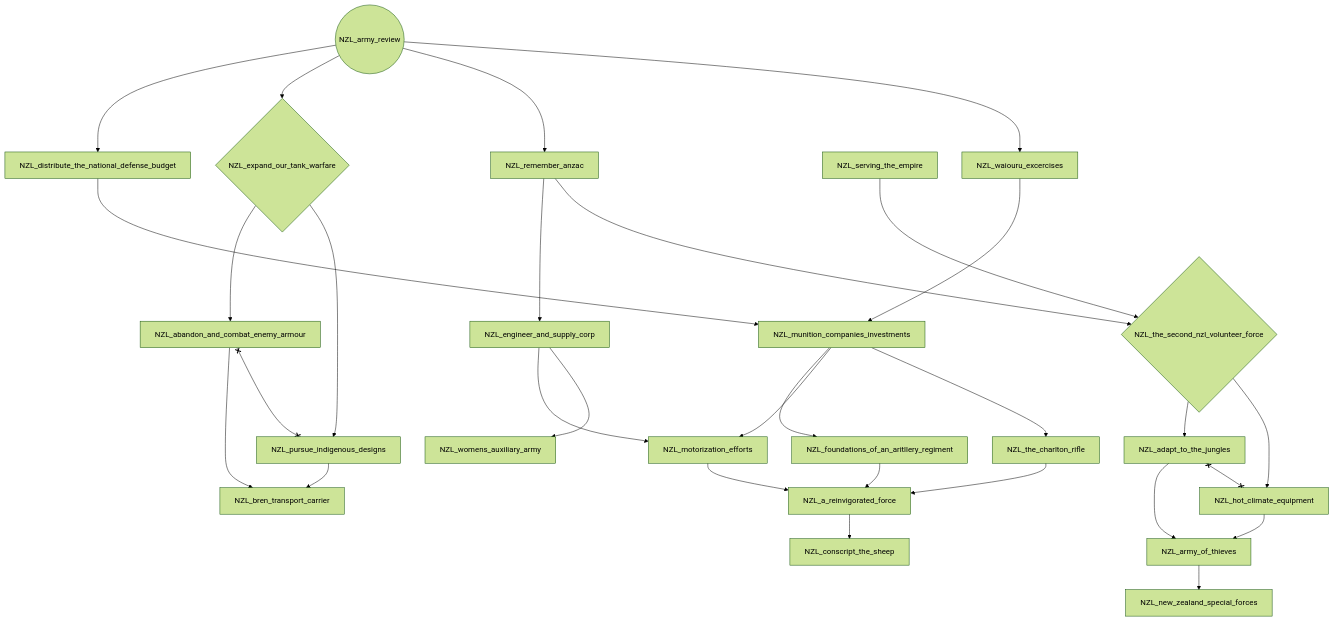
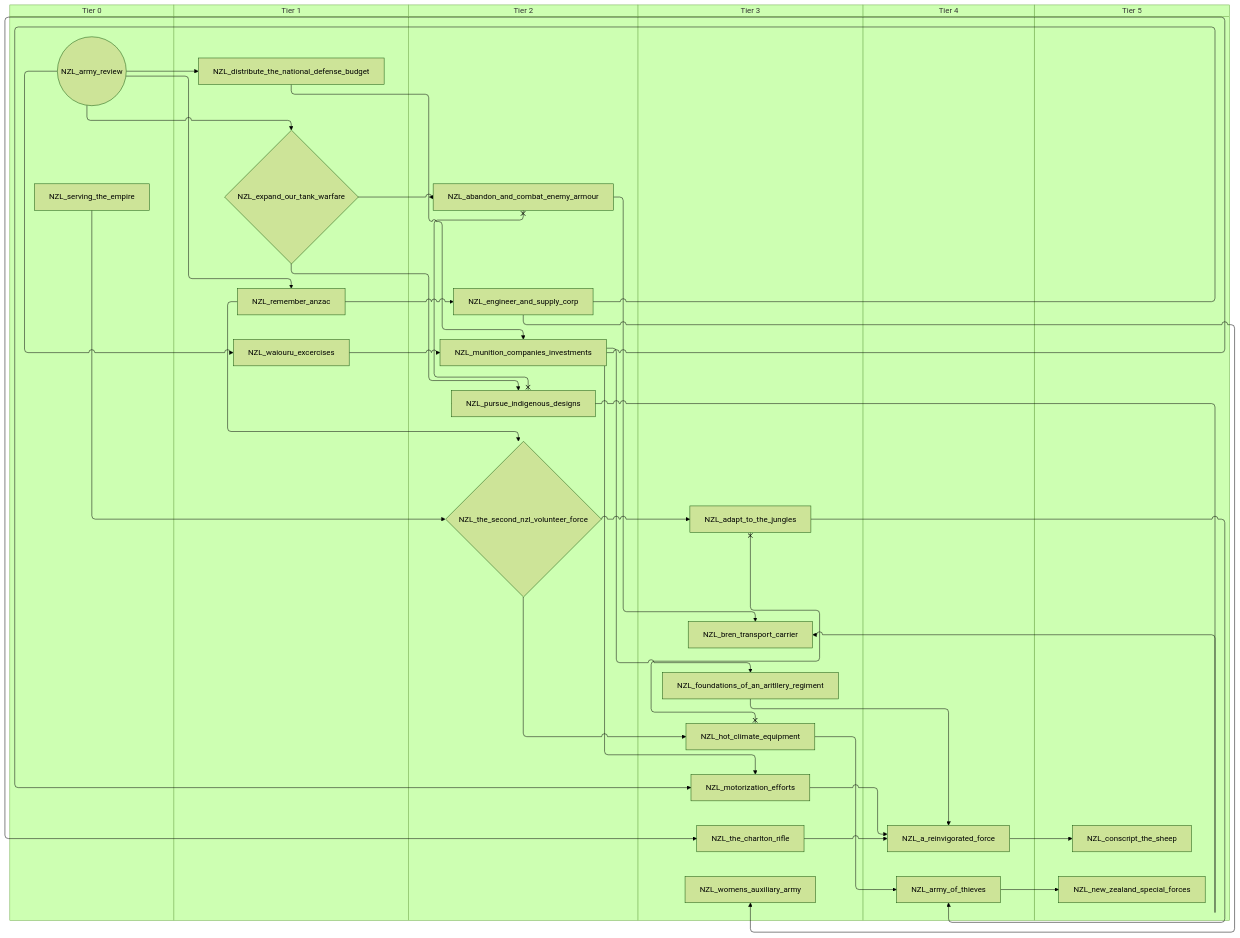
One commit to evgeny-sobol/hoi4-sandbox-mode-r56 changed the second of 11 diagrams in docs/gdd/National Focuses/r56/new_zealand.md. Above: the diagram before and after it, drawn with Mermaid (forest theme). The commit also changed other lines of this file and 423 other files, not shown here.

First line of the commit message:
Re-export Rt56 focus trees as swimlane diagrams

````diff
--- a/docs/gdd/National Focuses/r56/new_zealand.md
+++ b/docs/gdd/National Focuses/r56/new_zealand.md
@@ -48,54 +58,66 @@
 ```mermaid
-flowchart TD
-    n19["NZL_a_reinvigorated_force"]
-    n20["NZL_abandon_and_combat_enemy_armour"]
-    n21["NZL_adapt_to_the_jungles"]
-    n22["NZL_army_of_thieves"]
-    n23(("NZL_army_review"))
-    n24["NZL_bren_transport_carrier"]
-    n25["NZL_conscript_the_sheep"]
-    n26["NZL_distribute_the_national_defense_budget"]
-    n27["NZL_engineer_and_supply_corp"]
-    n28{"NZL_expand_our_tank_warfare"}
-    n29["NZL_foundations_of_an_aritllery_regiment"]
-    n30["NZL_hot_climate_equipment"]
-    n31["NZL_motorization_efforts"]
-    n32["NZL_munition_companies_investments"]
-    n33["NZL_new_zealand_special_forces"]
-    n34["NZL_pursue_indigenous_designs"]
-    n35["NZL_remember_anzac"]
-    n36["NZL_serving_the_empire"]
-    n37["NZL_the_charlton_rifle"]
-    n38{"NZL_the_second_nzl_volunteer_force"}
-    n39["NZL_waiouru_excercises"]
-    n40["NZL_womens_auxiliary_army"]
-    n29 --> n19
-    n31 --> n19
-    n37 --> n19
-    n28 --> n20
-    n38 --> n21
-    n30 --> n22
-    n21 --> n22
-    n34 --> n24
-    n20 --> n24
-    n19 --> n25
+swimlane-beta TD
+    subgraph tier_0["Tier 0"]
+        n19(("NZL_army_review"))
+        n20["NZL_serving_the_empire"]
+    end
+    subgraph tier_1["Tier 1"]
+        n21["NZL_distribute_the_national_defense_budget"]
+        n22{"NZL_expand_our_tank_warfare"}
+        n23["NZL_remember_anzac"]
+        n24["NZL_waiouru_excercises"]
+    end
+    subgraph tier_2["Tier 2"]
+        n25["NZL_abandon_and_combat_enemy_armour"]
+        n26["NZL_engineer_and_supply_corp"]
+        n27["NZL_munition_companies_investments"]
+        n28["NZL_pursue_indigenous_designs"]
+        n29{"NZL_the_second_nzl_volunteer_force"}
+    end
+    subgraph tier_3["Tier 3"]
+        n30["NZL_adapt_to_the_jungles"]
+        n31["NZL_bren_transport_carrier"]
+        n32["NZL_foundations_of_an_aritllery_regiment"]
+        n33["NZL_hot_climate_equipment"]
+        n34["NZL_motorization_efforts"]
+        n35["NZL_the_charlton_rifle"]
+        n36["NZL_womens_auxiliary_army"]
+    end
+    subgraph tier_4["Tier 4"]
+        n37["NZL_a_reinvigorated_force"]
+        n38["NZL_army_of_thieves"]
+    end
+    subgraph tier_5["Tier 5"]
+        n39["NZL_conscript_the_sheep"]
+        n40["NZL_new_zealand_special_forces"]
+    end
+    n32 --> n37
+    n34 --> n37
+    n35 --> n37
+    n22 --> n25
+    n29 --> n30
+    n33 --> n38
+    n30 --> n38
+    n28 --> n31
+    n25 --> n31
+    n37 --> n39
+    n19 --> n21
     n23 --> n26
-    n35 --> n27
-    n23 --> n28
-    n32 --> n29
-    n38 --> n30
-    n27 --> n31
-    n32 --> n31
-    n26 --> n32
-    n39 --> n32
-    n22 --> n33
-    n28 --> n34
-    n23 --> n35
-    n32 --> n37
-    n36 --> n38
-    n35 --> n38
-    n23 --> n39
-    n27 --> n40
-    n20 x--x n34
-    n21 x--x n30
+    n19 --> n22
+    n27 --> n32
+    n29 --> n33
+    n26 --> n34
+    n27 --> n34
+    n21 --> n27
+    n24 --> n27
+    n38 --> n40
+    n22 --> n28
+    n19 --> n23
+    n27 --> n35
+    n20 --> n29
+    n23 --> n29
+    n19 --> n24
+    n26 --> n36
+    n25 x--x n28
+    n30 x--x n33
 ```
````
